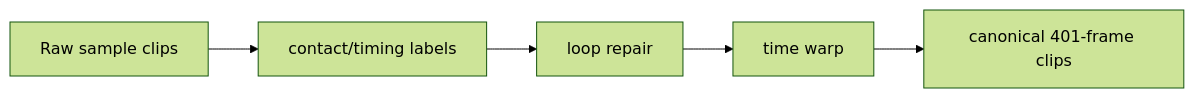
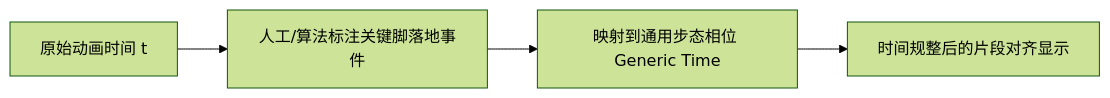
Before and after one commit to EvihGraphics/AnimationTech-HTC: the fourth of 9 diagrams in docs/blog/AnimationPapers/verbs_and_adverbs/README.md, drawn with Mermaid (forest theme). The commit also changed other lines of this file and 17 other files, not shown here.

Commit message:
docs(blog): standardize AnimationPapers and Theory with modular mermaid flows and media assets

````diff
--- a/docs/blog/AnimationPapers/verbs_and_adverbs/README.md
+++ b/docs/blog/AnimationPapers/verbs_and_adverbs/README.md
@@ -68,7 +92,6 @@
 ```mermaid
 flowchart LR
-    R[Raw sample clips] --> T[contact/timing labels]
-    T --> L[loop repair]
-    L --> W[time warp]
-    W --> C[canonical 401-frame clips]
+    A[原始动画时间 t] --> B[人工/算法标注关键脚落地事件]
+    B --> C[映射到通用步态相位 Generic Time]
+    C --> D[时间规整后的片段对齐显示]
 ```
````
